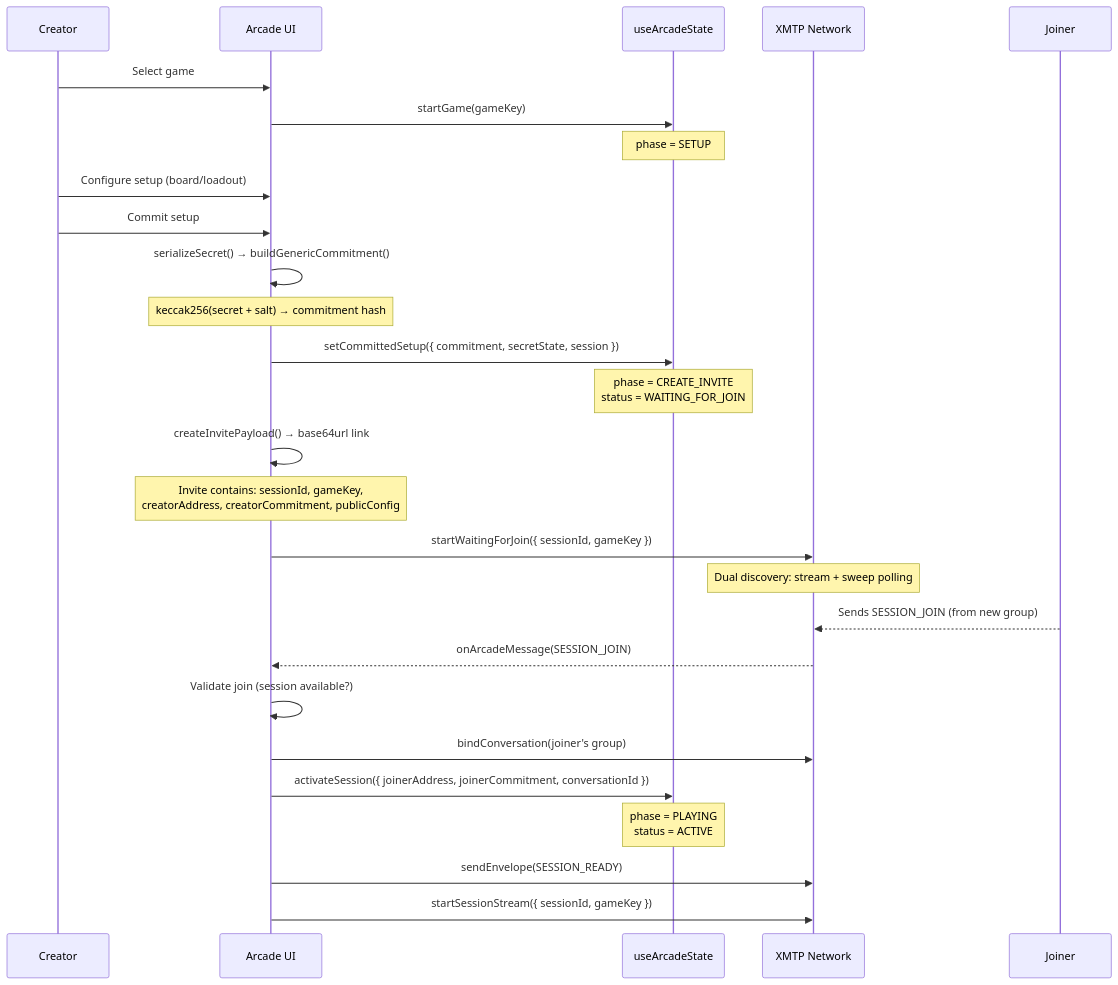
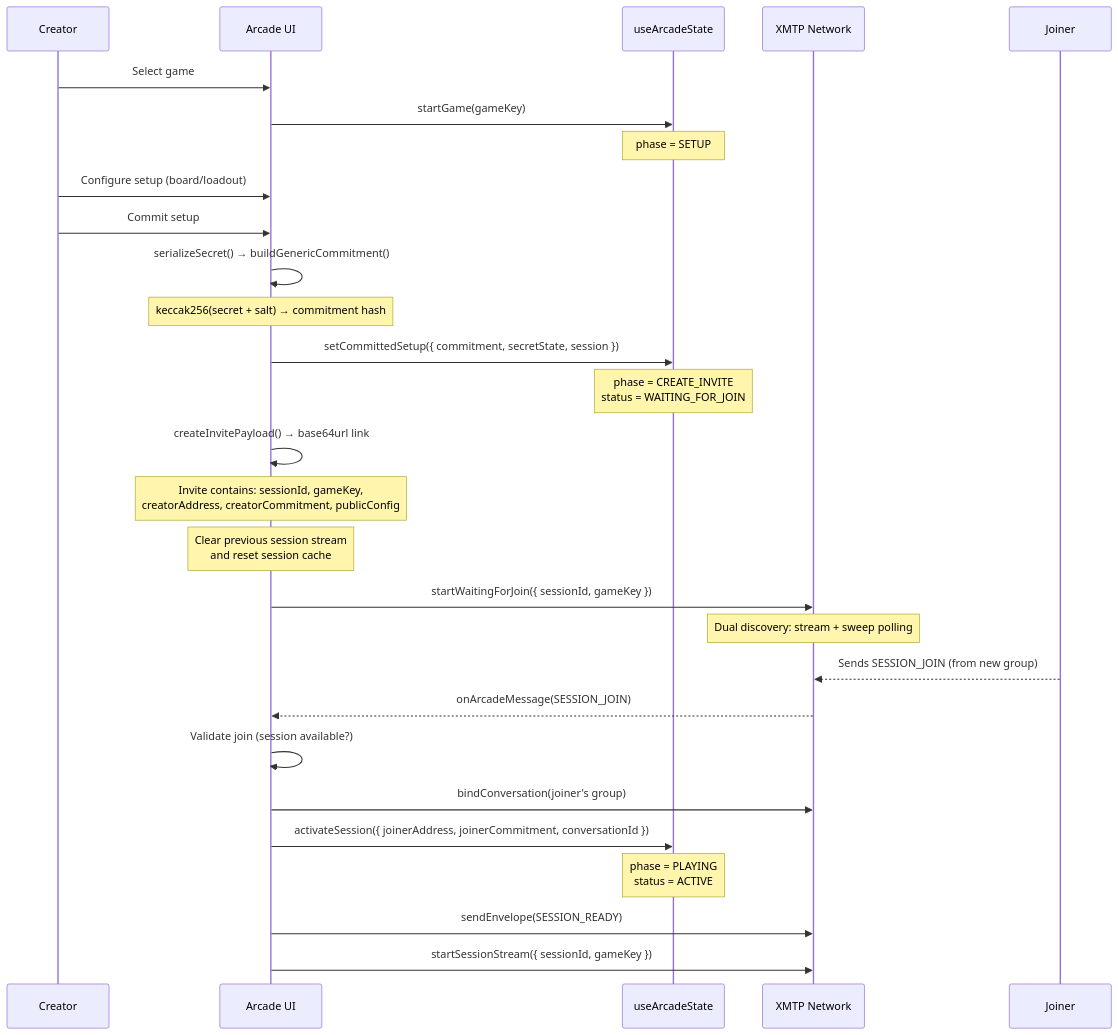
Before and after one commit to zengzengzenghuy/xmtp-circles-miniapp: the second of 7 diagrams in src/components/arcade/README.md, drawn with Mermaid. The commit also changed other lines of this file, not shown here.

````diff
--- a/src/components/arcade/README.md
+++ b/src/components/arcade/README.md
@@ -158,37 +160,38 @@
 ```mermaid
 sequenceDiagram
     participant C as Creator
     participant UI as Arcade UI
     participant State as useArcadeState
     participant XMTP as XMTP Network
     participant J as Joiner
 
     C->>UI: Select game
     UI->>State: startGame(gameKey)
     Note over State: phase = SETUP
 
     C->>UI: Configure setup (board/loadout)
     C->>UI: Commit setup
     UI->>UI: serializeSecret() → buildGenericCommitment()
     Note over UI: keccak256(secret + salt) → commitment hash
 
     UI->>State: setCommittedSetup({ commitment, secretState, session })
     Note over State: phase = CREATE_INVITE<br/>status = WAITING_FOR_JOIN
 
     UI->>UI: createInvitePayload() → base64url link
     Note over UI: Invite contains: sessionId, gameKey,<br/>creatorAddress, creatorCommitment, publicConfig
 
+    Note over UI: Clear previous session stream<br/>and reset session cache
     UI->>XMTP: startWaitingForJoin({ sessionId, gameKey })
     Note over XMTP: Dual discovery: stream + sweep polling
 
     J-->>XMTP: Sends SESSION_JOIN (from new group)
     XMTP-->>UI: onArcadeMessage(SESSION_JOIN)
 
     UI->>UI: Validate join (session available?)
     UI->>XMTP: bindConversation(joiner's group)
     UI->>State: activateSession({ joinerAddress, joinerCommitment, conversationId })
     Note over State: phase = PLAYING<br/>status = ACTIVE
 
     UI->>XMTP: sendEnvelope(SESSION_READY)
     UI->>XMTP: startSessionStream({ sessionId, gameKey })
 ```
````
